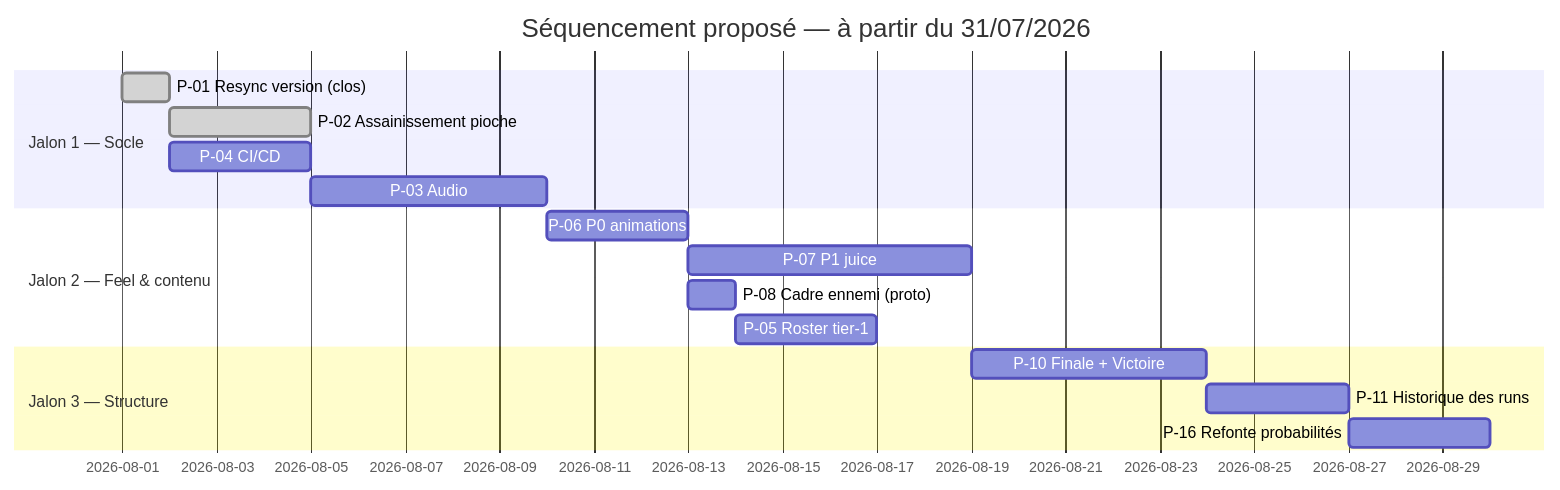
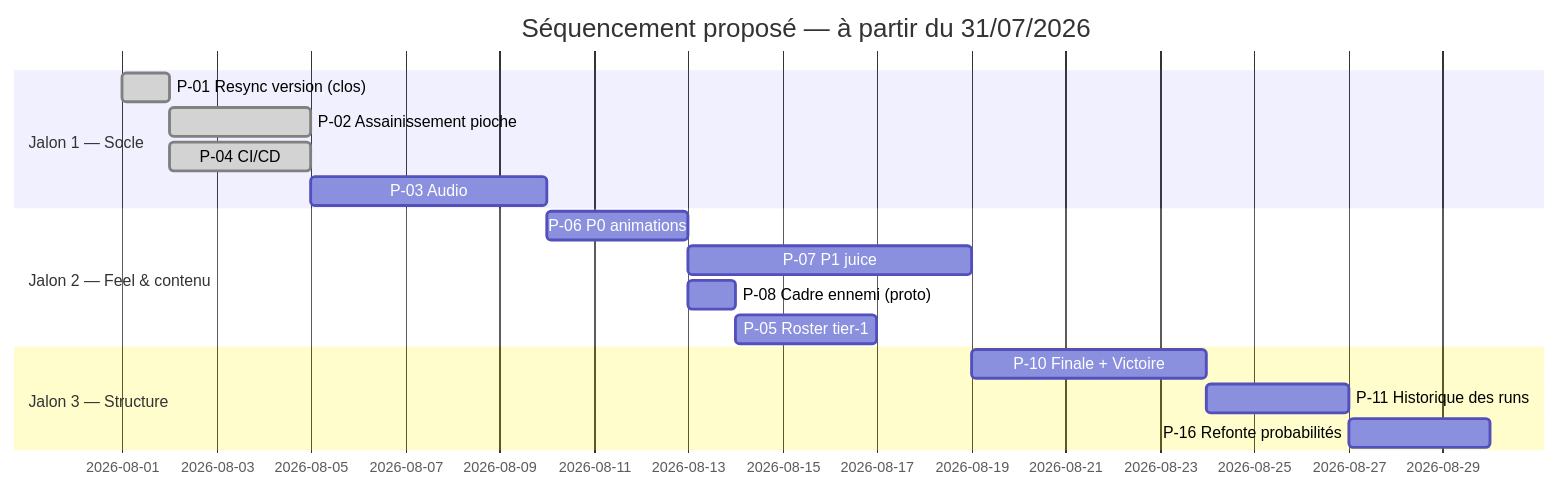
One commit to Hex-Umbra/hero-s-draft changed the third of 3 diagrams in docs/ROADMAP.md. Above: the diagram before and after it, drawn with Mermaid. The commit also changed other lines of this file and 9 other files, not shown here.

````diff
--- a/docs/ROADMAP.md
+++ b/docs/ROADMAP.md
@@ -414,19 +420,19 @@
 ```mermaid
 gantt
     title Séquencement proposé — à partir du 31/07/2026
     dateFormat YYYY-MM-DD
     section Jalon 1 — Socle
     P-01 Resync version (clos)    :done, j1a, 2026-08-01, 1d
     P-02 Assainissement pioche    :done, j1b, after j1a, 3d
-    P-04 CI/CD                    :j1c, after j1a, 3d
+    P-04 CI/CD                    :done, j1c, after j1a, 3d
     P-03 Audio                    :j1d, after j1b, 5d
     section Jalon 2 — Feel & contenu
     P-06 P0 animations            :j2a, after j1d, 3d
     P-07 P1 juice                 :j2b, after j2a, 6d
     P-08 Cadre ennemi (proto)     :j2c, after j2a, 1d
     P-05 Roster tier-1            :j2d, after j2c, 3d
     section Jalon 3 — Structure
     P-10 Finale + Victoire        :j3a, after j2b, 5d
     P-11 Historique des runs      :j3b, after j3a, 3d
     P-16 Refonte probabilités     :j3c, after j3b, 3d
 ```
````
